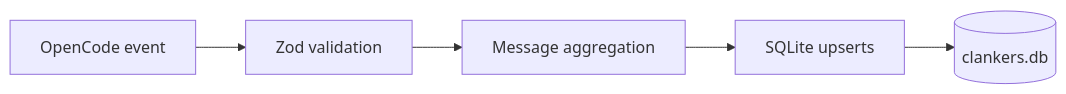
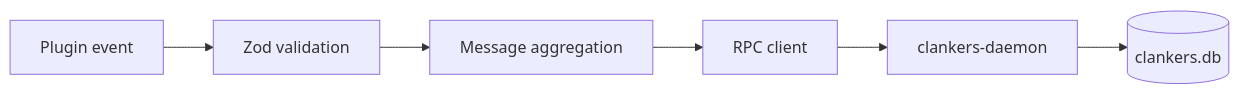
One commit to dxta-dev/clankers changed the diagram in lode/summary.md. Above: the diagram before and after it, drawn with Mermaid. The commit also changed other lines of this file and 19 other files, not shown here.

````diff
--- a/lode/summary.md
+++ b/lode/summary.md
@@ -14,7 +14,8 @@
 ```mermaid
 flowchart LR
-  Event[OpenCode event] --> Zod[Zod validation]
+  Event[Plugin event] --> Zod[Zod validation]
   Zod --> Aggregation[Message aggregation]
-  Aggregation --> Store[SQLite upserts]
-  Store --> SQLite[(clankers.db)]
+  Aggregation --> Rpc[RPC client]
+  Rpc --> Daemon[clankers-daemon]
+  Daemon --> SQLite[(clankers.db)]
 ```
````
